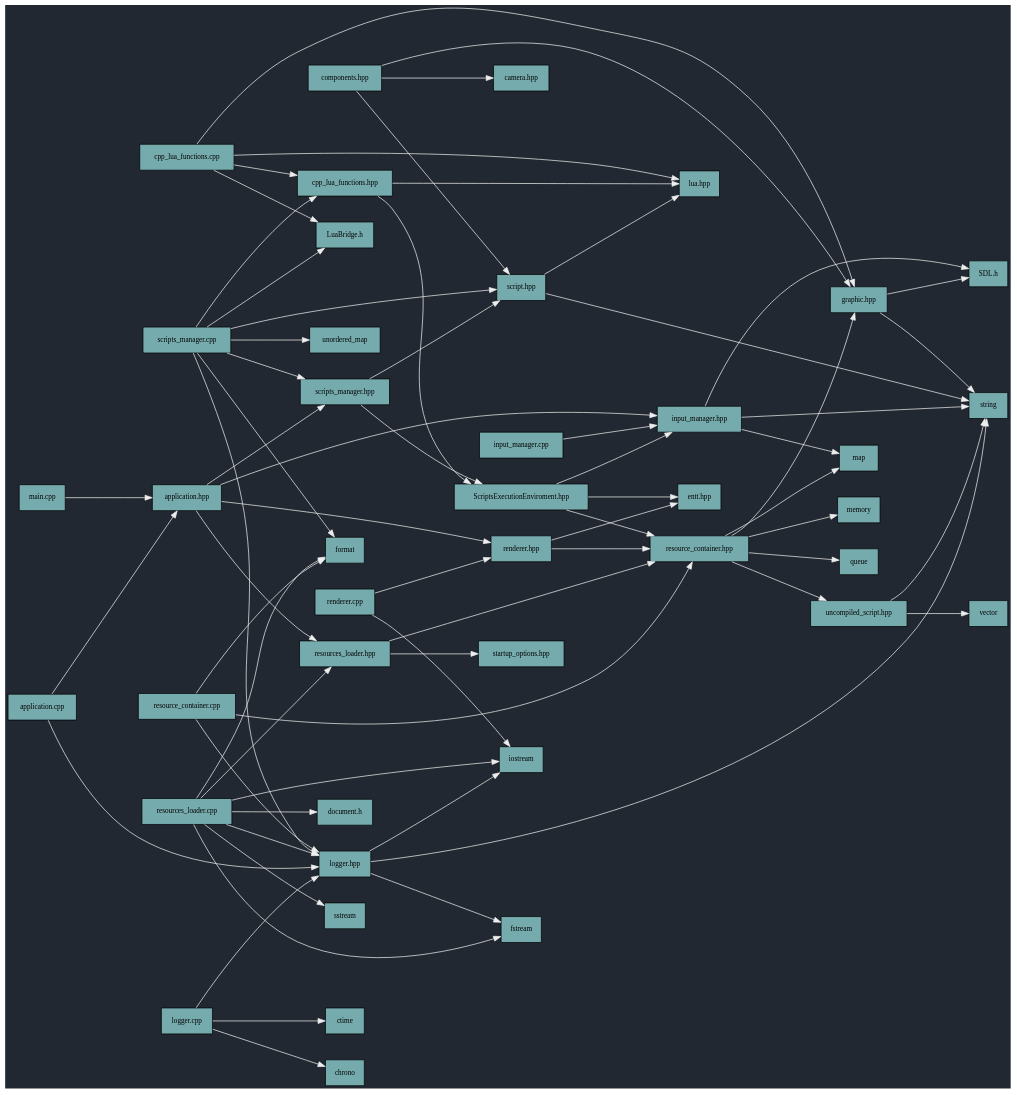
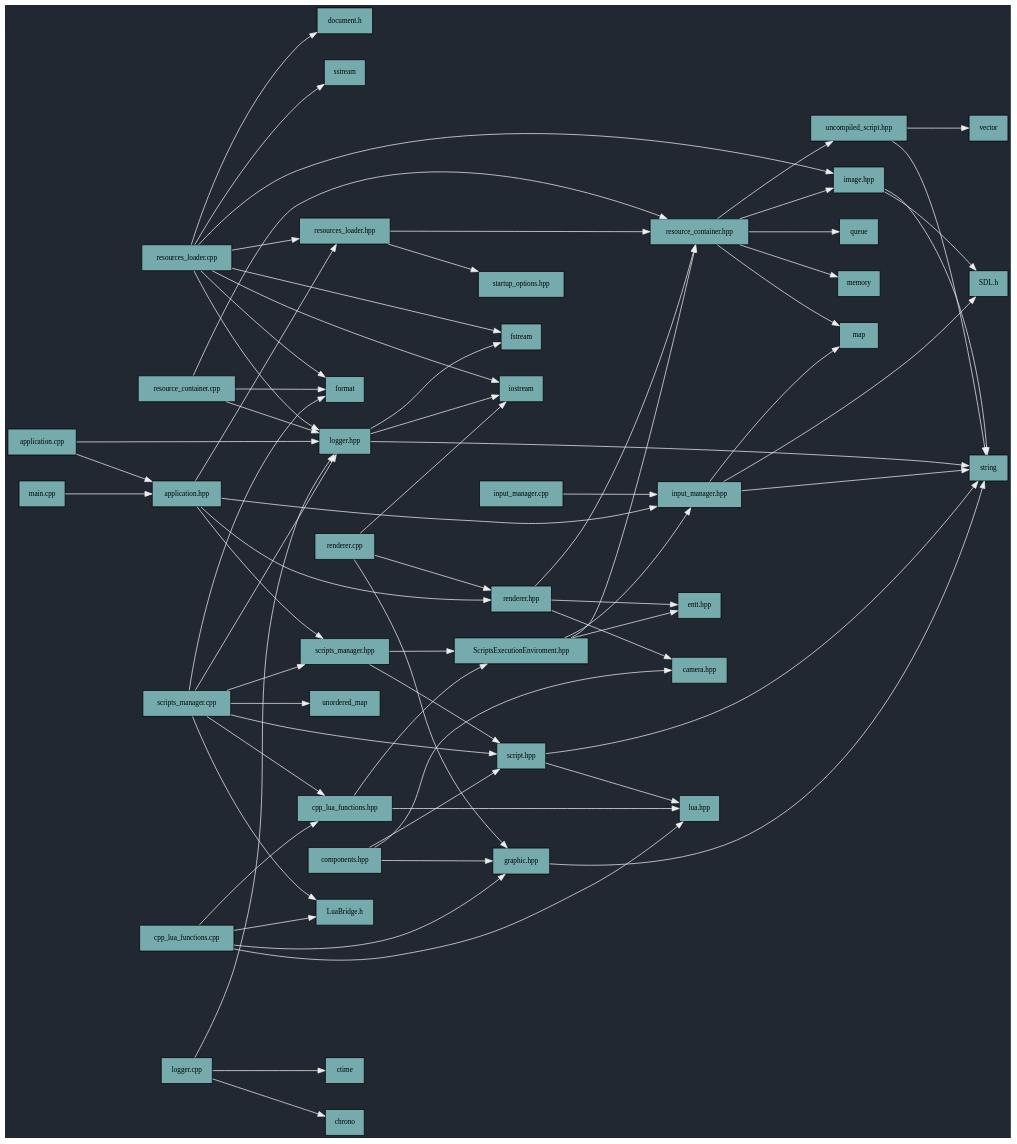
The diagram in include_graph/graph.dot (MichailS-000/Haste_n_Slash), drawn with Graphviz before and after one commit. The commit also changed 20 other files, not shown here.

```diff
--- a/include_graph/graph.dot
+++ b/include_graph/graph.dot
@@ -1,73 +1,77 @@
 digraph IncludeHierarchy {
   rankdir=LR;
   nodesep=0.5;
   ranksep=1.2;
   bgcolor="#222831";
   node [shape=box, style=filled, fillcolor="#76ABAE", fontsize=10];
   edge [color="#EEEEEE"];
   "application.cpp" -> "logger.hpp";
   "application.cpp" -> "application.hpp";
   "application.hpp" -> "renderer.hpp";
   "application.hpp" -> "resources_loader.hpp";
   "application.hpp" -> "input_manager.hpp";
   "application.hpp" -> "scripts_manager.hpp";
   "ScriptsExecutionEnviroment.hpp" -> "entt.hpp";
   "ScriptsExecutionEnviroment.hpp" -> "resource_container.hpp";
   "ScriptsExecutionEnviroment.hpp" -> "input_manager.hpp";
   "components.hpp" -> "camera.hpp";
   "components.hpp" -> "graphic.hpp";
   "components.hpp" -> "script.hpp";
   "scripts_manager.hpp" -> "ScriptsExecutionEnviroment.hpp";
   "scripts_manager.hpp" -> "script.hpp";
   "input_manager.hpp" -> "map";
   "input_manager.hpp" -> "string";
   "input_manager.hpp" -> "SDL.h";
-  "graphic.hpp" -> "SDL.h";
   "graphic.hpp" -> "string";
   "scripts_manager.cpp" -> "scripts_manager.hpp";
   "scripts_manager.cpp" -> "script.hpp";
   "scripts_manager.cpp" -> "logger.hpp";
   "scripts_manager.cpp" -> "cpp_lua_functions.hpp";
   "scripts_manager.cpp" -> "format";
   "scripts_manager.cpp" -> "unordered_map";
   "scripts_manager.cpp" -> "LuaBridge.h";
   "input_manager.cpp" -> "input_manager.hpp";
   "script.hpp" -> "string";
   "script.hpp" -> "lua.hpp";
   "logger.cpp" -> "ctime";
   "logger.cpp" -> "logger.hpp";
   "logger.cpp" -> "chrono";
   "logger.hpp" -> "fstream";
   "logger.hpp" -> "iostream";
   "logger.hpp" -> "string";
   "uncompiled_script.hpp" -> "vector";
   "uncompiled_script.hpp" -> "string";
   "resource_container.hpp" -> "map";
   "resource_container.hpp" -> "memory";
   "resource_container.hpp" -> "queue";
-  "resource_container.hpp" -> "graphic.hpp";
+  "resource_container.hpp" -> "image.hpp";
   "resource_container.hpp" -> "uncompiled_script.hpp";
   "main.cpp" -> "application.hpp";
+  "image.hpp" -> "SDL.h";
+  "image.hpp" -> "string";
   "renderer.cpp" -> "renderer.hpp";
+  "renderer.cpp" -> "graphic.hpp";
   "renderer.cpp" -> "iostream";
   "renderer.hpp" -> "entt.hpp";
   "renderer.hpp" -> "resource_container.hpp";
+  "renderer.hpp" -> "camera.hpp";
   "resources_loader.cpp" -> "document.h";
   "resources_loader.cpp" -> "format";
   "resources_loader.cpp" -> "sstream";
   "resources_loader.cpp" -> "resources_loader.hpp";
   "resources_loader.cpp" -> "logger.hpp";
+  "resources_loader.cpp" -> "image.hpp";
   "resources_loader.cpp" -> "iostream";
   "resources_loader.cpp" -> "fstream";
   "resources_loader.hpp" -> "startup_options.hpp";
   "resources_loader.hpp" -> "resource_container.hpp";
   "resource_container.cpp" -> "logger.hpp";
   "resource_container.cpp" -> "resource_container.hpp";
   "resource_container.cpp" -> "format";
   "cpp_lua_functions.cpp" -> "lua.hpp";
   "cpp_lua_functions.cpp" -> "cpp_lua_functions.hpp";
   "cpp_lua_functions.cpp" -> "graphic.hpp";
   "cpp_lua_functions.cpp" -> "LuaBridge.h";
   "cpp_lua_functions.hpp" -> "ScriptsExecutionEnviroment.hpp";
   "cpp_lua_functions.hpp" -> "lua.hpp";
 }
```
